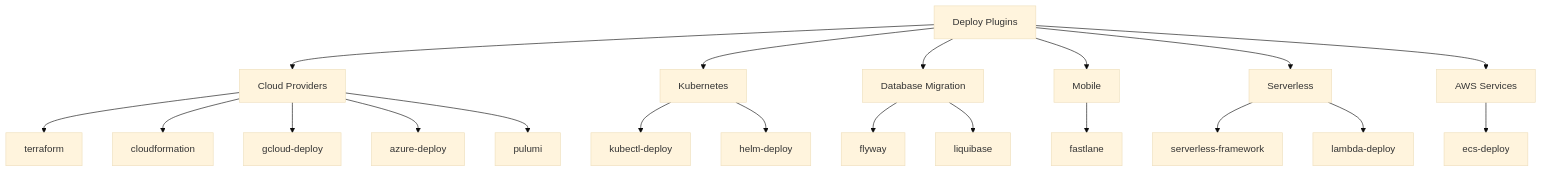
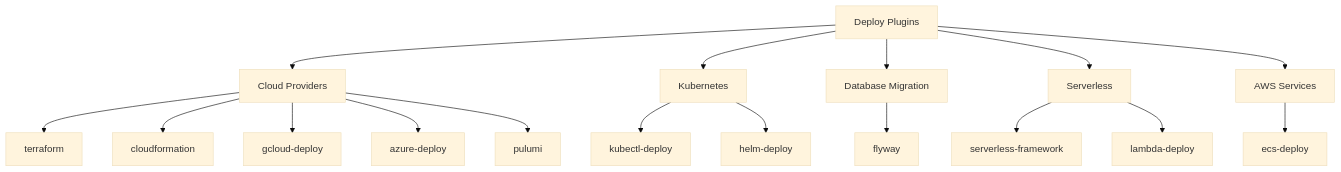
Before and after one commit to mwashburn160/pipeline-builder: the first of 2 diagrams in docs/plugins/deploy.md, drawn with Mermaid (base theme). The commit also changed other lines of this file and 25 other files, not shown here.

````diff
--- a/docs/plugins/deploy.md
+++ b/docs/plugins/deploy.md
@@ -5,18 +5,15 @@
 ```mermaid
 flowchart TB
     Deploy[Deploy Plugins]
     Deploy --> Cloud[Cloud Providers]
     Deploy --> K8s[Kubernetes]
     Deploy --> DB[Database Migration]
-    Deploy --> Mobile[Mobile]
-
     Deploy --> Serverless[Serverless]
     Deploy --> AWS[AWS Services]
 
     Cloud --> terraform & cloudformation & gcloud-deploy & azure-deploy & pulumi
     K8s --> kubectl-deploy & helm-deploy
-    DB --> flyway & liquibase
-    Mobile --> fastlane
+    DB --> flyway
     Serverless --> serverless-framework & lambda-deploy
     AWS --> ecs-deploy
 ```
````
